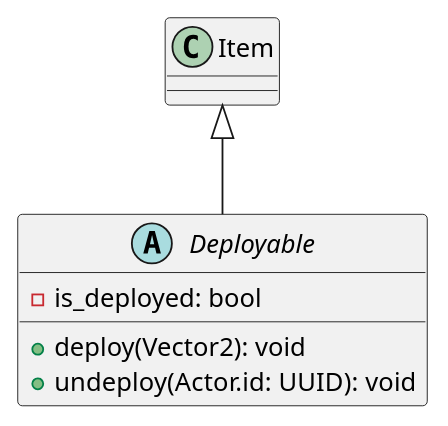
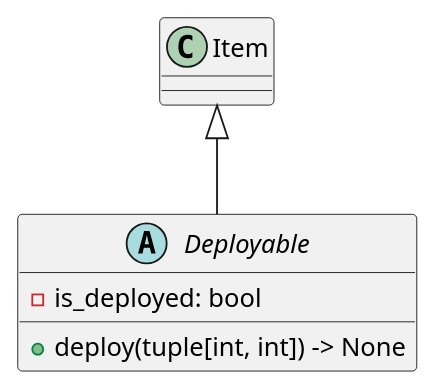
Before and after one commit to Watudube/Project-SLFW: the diagram in documentation/system_design_diagrams/plantUML/entity/item/deployable.puml, drawn with PlantUML. The commit also changed 6 other files, not shown here.

First line of the commit message:
Updated PlatUML class diagrams.

```diff
--- a/documentation/system_design_diagrams/plantUML/entity/item/deployable.puml
+++ b/documentation/system_design_diagrams/plantUML/entity/item/deployable.puml
@@ -1,11 +1,10 @@
 @startuml
 
 abstract class Deployable {
   -is_deployed: bool
-  +deploy(Vector2): void
-  +undeploy(Actor.id: UUID): void
+  +deploy(tuple[int, int]) -> None
 }
 
 Item <|-- Deployable
 
 @enduml
```
